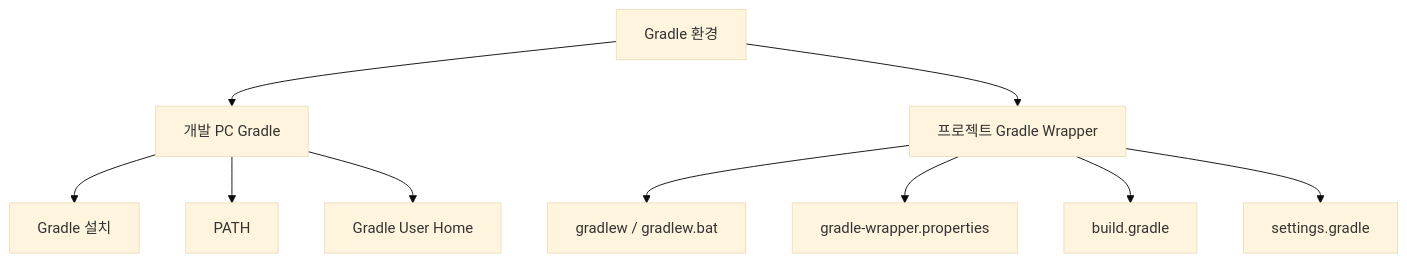
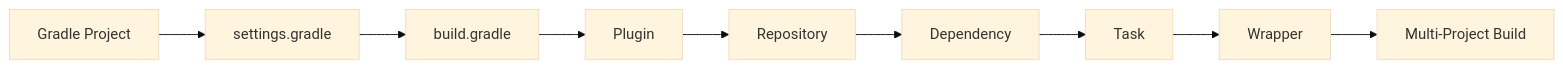
The fourth of 4 diagrams in docs/01_project_start/02_environment/gradle/gradle_setup.md (Team-Microserver/microserver-docs), drawn with Mermaid (base theme) before and after one commit. The commit also changed other lines of this file and 9 other files, not shown here.

````diff
--- a/docs/01_project_start/02_environment/gradle/gradle_setup.md
+++ b/docs/01_project_start/02_environment/gradle/gradle_setup.md
@@ -181,16 +466,11 @@
 ```mermaid
-flowchart TB
-    GRADLE[Gradle 환경]
-
-    GRADLE --> LOCAL[개발 PC Gradle]
-    GRADLE --> PROJECT[프로젝트 Gradle Wrapper]
-
-    LOCAL --> INSTALL[Gradle 설치]
-    LOCAL --> PATH[PATH]
-    LOCAL --> CACHE[Gradle User Home]
-
-    PROJECT --> WRAPPER[gradlew / gradlew.bat]
-    PROJECT --> PROP[gradle-wrapper.properties]
-    PROJECT --> BUILD[build.gradle]
-    PROJECT --> SETTINGS[settings.gradle]
+flowchart LR
+    A[Gradle Project] --> B[settings.gradle]
+    B --> C[build.gradle]
+    C --> D[Plugin]
+    D --> E[Repository]
+    E --> F[Dependency]
+    F --> G[Task]
+    G --> H[Wrapper]
+    H --> I[Multi-Project Build]
 ```
````
